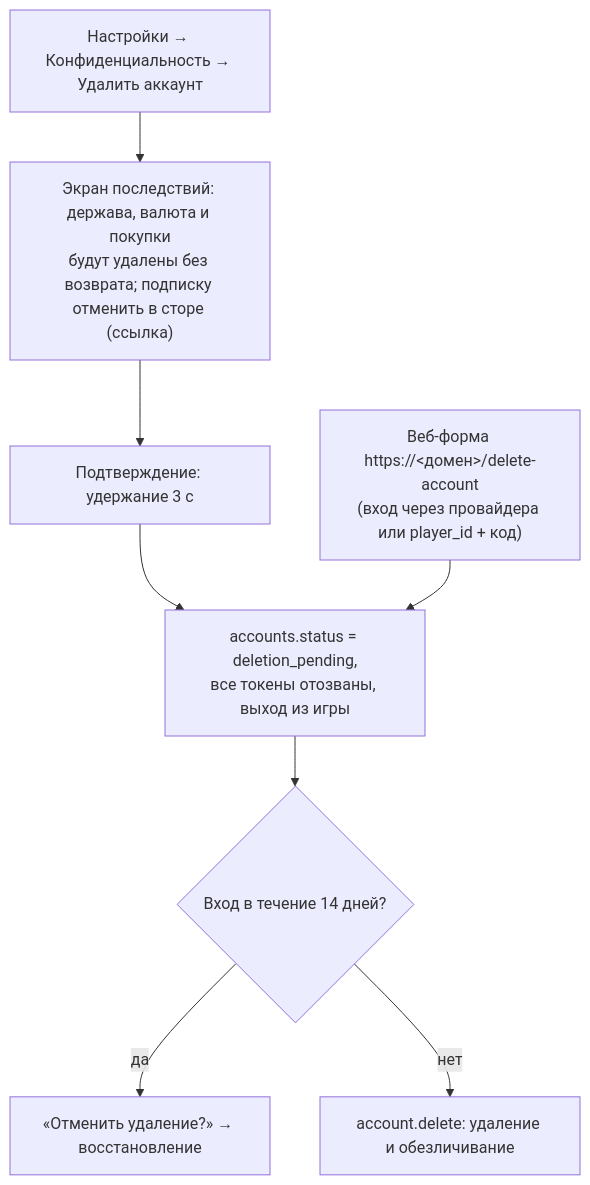
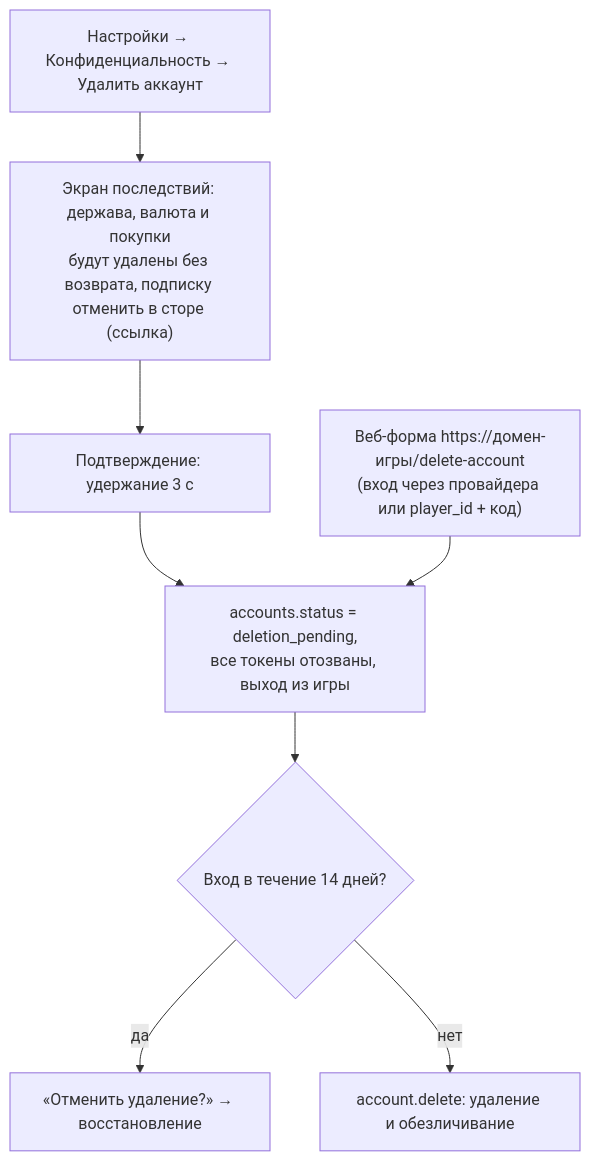
Before and after one commit to kaboomenko/Raivon: diagram 13 of 14 in docs/gdd/12_tech_analytics_roadmap.md, drawn with Mermaid. The commit also changed other lines of this file and 1 other file, not shown here.

````diff
--- a/docs/gdd/12_tech_analytics_roadmap.md
+++ b/docs/gdd/12_tech_analytics_roadmap.md
@@ -1961,10 +1979,10 @@
 ```mermaid
 flowchart TD
-  A["Настройки → Конфиденциальность → Удалить аккаунт"] --> B["Экран последствий: держава, валюта и покупки<br/>будут удалены без возврата; подписку отменить в сторе (ссылка)"]
+  A["Настройки → Конфиденциальность → Удалить аккаунт"] --> B["Экран последствий: держава, валюта и покупки<br/>будут удалены без возврата, подписку отменить в сторе (ссылка)"]
   B --> C["Подтверждение: удержание 3 с"]
   C --> D["accounts.status = deletion_pending,<br/>все токены отозваны, выход из игры"]
   D --> E{"Вход в течение 14 дней?"}
   E -->|"да"| F["«Отменить удаление?» → восстановление"]
   E -->|"нет"| G["account.delete: удаление и обезличивание"]
-  W["Веб-форма https://<домен>/delete-account<br/>(вход через провайдера или player_id + код)"] --> D
+  W["Веб-форма https://домен-игры/delete-account<br/>(вход через провайдера или player_id + код)"] --> D
 ```
````
